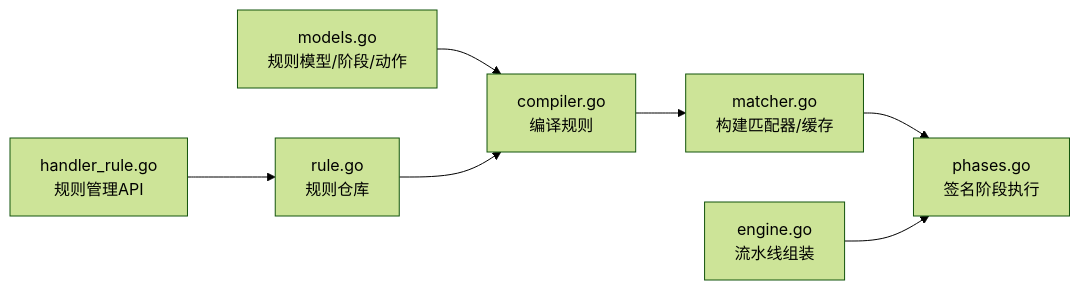
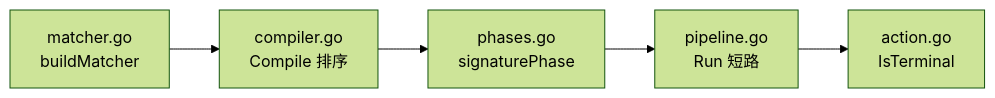
One commit to x01n/My-OpenWaf changed the fourth of 4 diagrams in docs/WAF 引擎系统/处理阶段详解/签名检测阶段.md. Above: the diagram before and after it, drawn with Mermaid (forest theme). The commit also changed other lines of this file and 622 other files, not shown here.

````diff
--- a/docs/WAF 引擎系统/处理阶段详解/签名检测阶段.md
+++ b/docs/WAF 引擎系统/处理阶段详解/签名检测阶段.md
@@ -296,9 +236,7 @@
 ```mermaid
 graph LR
-Store["models.go<br/>规则模型/阶段/动作"] --> Compiler["compiler.go<br/>编译规则"]
-Compiler --> Matchers["matcher.go<br/>构建匹配器/缓存"]
-Matchers --> Phases["phases.go<br/>签名阶段执行"]
-Engine["engine.go<br/>流水线组装"] --> Phases
-Handler["handler_rule.go<br/>规则管理API"] --> Repo["rule.go<br/>规则仓库"]
-Repo --> Compiler
+Compiler["compiler.go<br/>Compile 排序"] --> Sig["phases.go<br/>signaturePhase"]
+Matcher["matcher.go<br/>buildMatcher"] --> Compiler
+Sig --> Pipe["pipeline.go<br/>Run 短路"]
+Pipe --> Action["action.go<br/>IsTerminal"]
 ```
````
